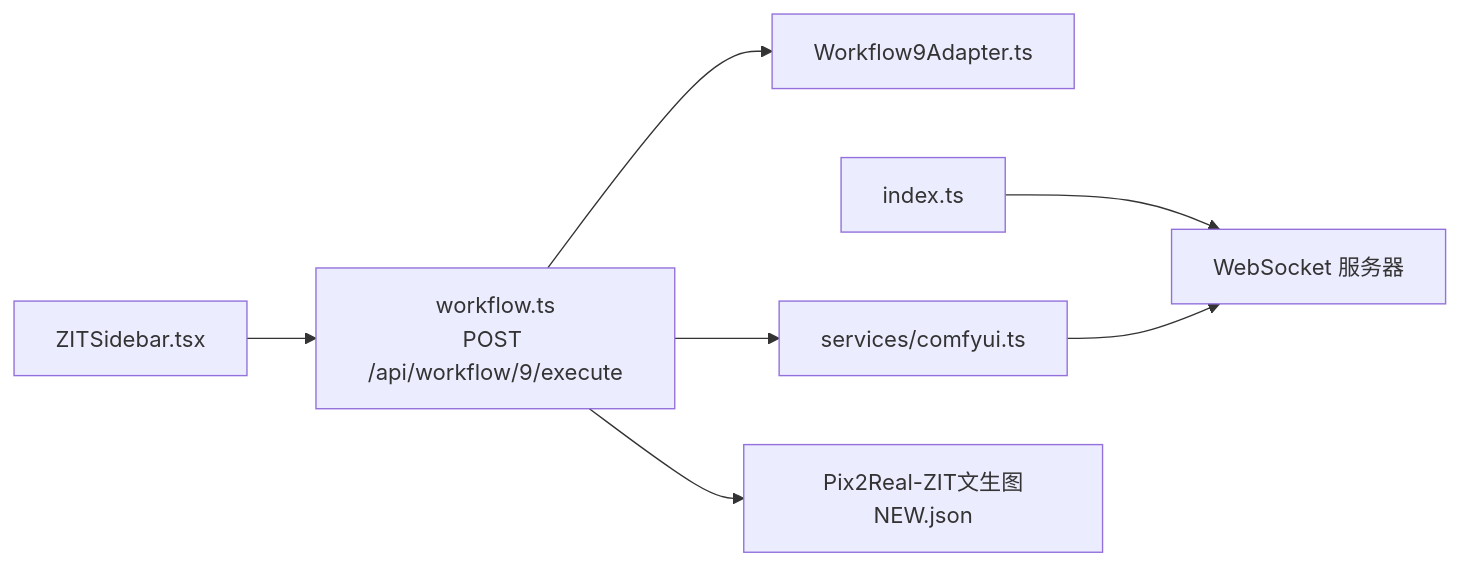
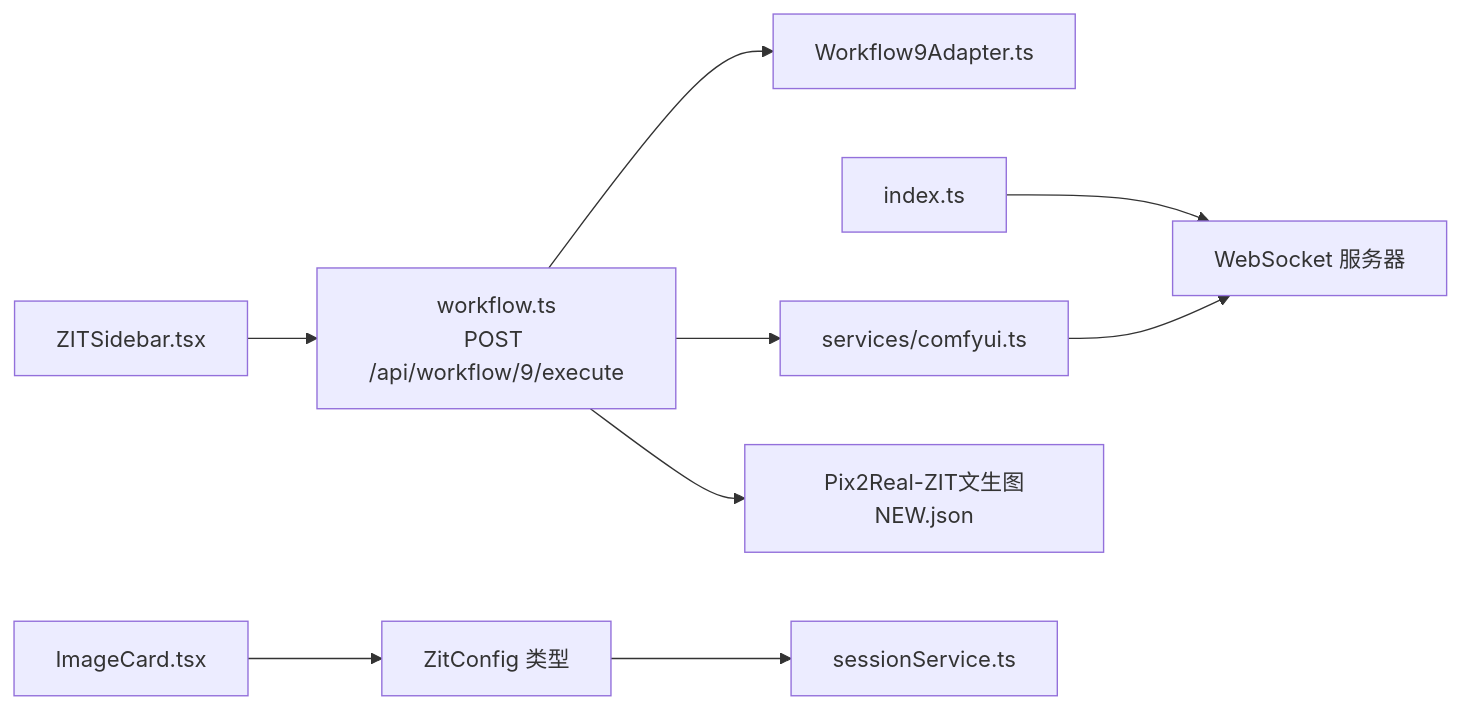
The fifth of 5 diagrams in .qoder/repowiki/zh/content/API 参考文档/工作流 API/核心工作流 API/ZIT快出工作流 API.md (billye220670/CorineKit_Pix2Real), drawn with Mermaid before and after one commit. The commit also changed other lines of this file and 49 other files, not shown here.

````diff
--- a/.qoder/repowiki/zh/content/API 参考文档/工作流 API/核心工作流 API/ZIT快出工作流 API.md
+++ b/.qoder/repowiki/zh/content/API 参考文档/工作流 API/核心工作流 API/ZIT快出工作流 API.md
@@ -257,9 +299,11 @@
 ```mermaid
 graph LR
 ZITSidebar["ZITSidebar.tsx"] --> Route["workflow.ts<br/>POST /api/workflow/9/execute"]
 Route --> Adapter["Workflow9Adapter.ts"]
 Route --> Comfy["services/comfyui.ts"]
 Index["index.ts"] --> WS["WebSocket 服务器"]
 Comfy --> WS
 Route --> Template["Pix2Real-ZIT文生图NEW.json"]
+ImageCard["ImageCard.tsx"] --> ZitConfig["ZitConfig 类型"]
+ZitConfig --> SessionService["sessionService.ts"]
 ```
````
